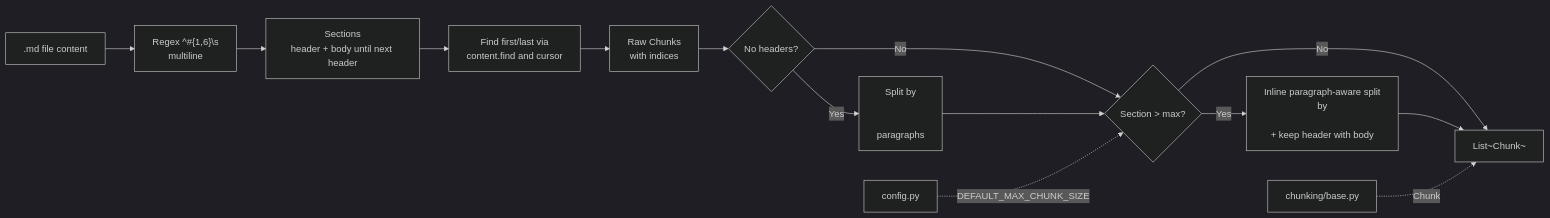
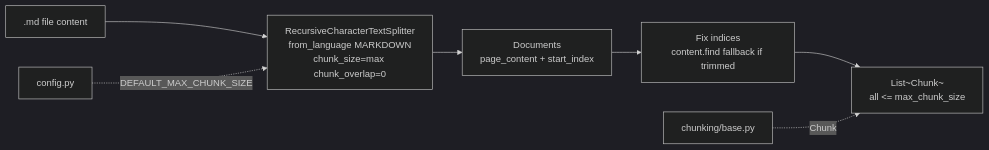
The diagram in docs/architecture/chunking-markdown.md (Yahyaoui7/42_RAG), drawn with Mermaid (dark theme) before and after one commit. The commit also changed other lines of this file and 14 other files, not shown here.

Commit message:
tokenize the chunk and index them and save them    them i create the main function as enterpoint use the fire library to take the first index argument to build all what did said before in this commit

````diff
--- a/docs/architecture/chunking-markdown.md
+++ b/docs/architecture/chunking-markdown.md
@@ -9,17 +9,9 @@
 ```mermaid
 graph LR
-    FILE[.md file content] --> DETECT["Regex ^#{1,6}\s<br/>multiline"]
-    DETECT --> SECTIONS[Sections<br/>header + body until next header]
-    SECTIONS --> CURSOR[Find first/last via<br/>content.find and cursor]
-    CURSOR --> RAW[Raw Chunks<br/>with indices]
-    RAW --> FALLBACK{No headers?}
-    FALLBACK -->|Yes| PARA[Split by \n\n<br/>paragraphs]
-    FALLBACK -->|No| INLINE
-    PARA --> INLINE{Section > max?}
-    INLINE -->|No| OUT[List~Chunk~]
-    INLINE -->|Yes| INLINESPLIT[Inline paragraph-aware split<br/>by \n\n + keep header with body]
-    INLINESPLIT --> OUT
-
-    CFG[config.py] -. DEFAULT_MAX_CHUNK_SIZE .-> INLINE
+    FILE[.md file content] --> SPLIT["RecursiveCharacterTextSplitter<br/>from_language MARKDOWN<br/>chunk_size=max chunk_overlap=0"]
+    SPLIT --> DOCS["Documents<br/>page_content + start_index"]
+    DOCS --> FIX["Fix indices<br/>content.find fallback if trimmed"]
+    FIX --> OUT["List~Chunk~<br/>all <= max_chunk_size"]
+    CFG[config.py] -. DEFAULT_MAX_CHUNK_SIZE .-> SPLIT
     BASE[chunking/base.py] -. Chunk .-> OUT
 ```
````
